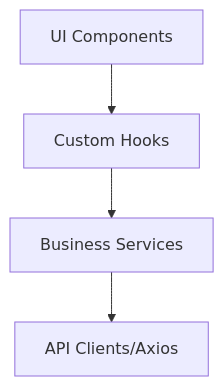
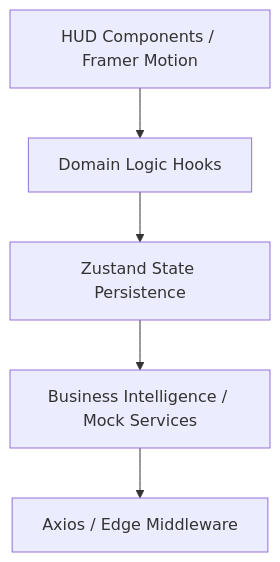
Before and after one commit to pthawng/MetroHCM: the diagram in userfront/docs/04-frontend-architecture.md, drawn with Mermaid. The commit also changed other lines of this file and 38 other files, not shown here.

````diff
--- a/userfront/docs/04-frontend-architecture.md
+++ b/userfront/docs/04-frontend-architecture.md
@@ -15,6 +20,7 @@
 ```mermaid
 graph TD
-    UI[UI Components] --> Hooks[Custom Hooks]
-    Hooks --> Services[Business Services]
-    Services --> API[API Clients/Axios]
+    UI[HUD Components / Framer Motion] --> Hooks[Domain Logic Hooks]
+    Hooks --> Store[Zustand State Persistence]
+    Store --> Services[Business Intelligence / Mock Services]
+    Services --> API[Axios / Edge Middleware]
 ```
````
